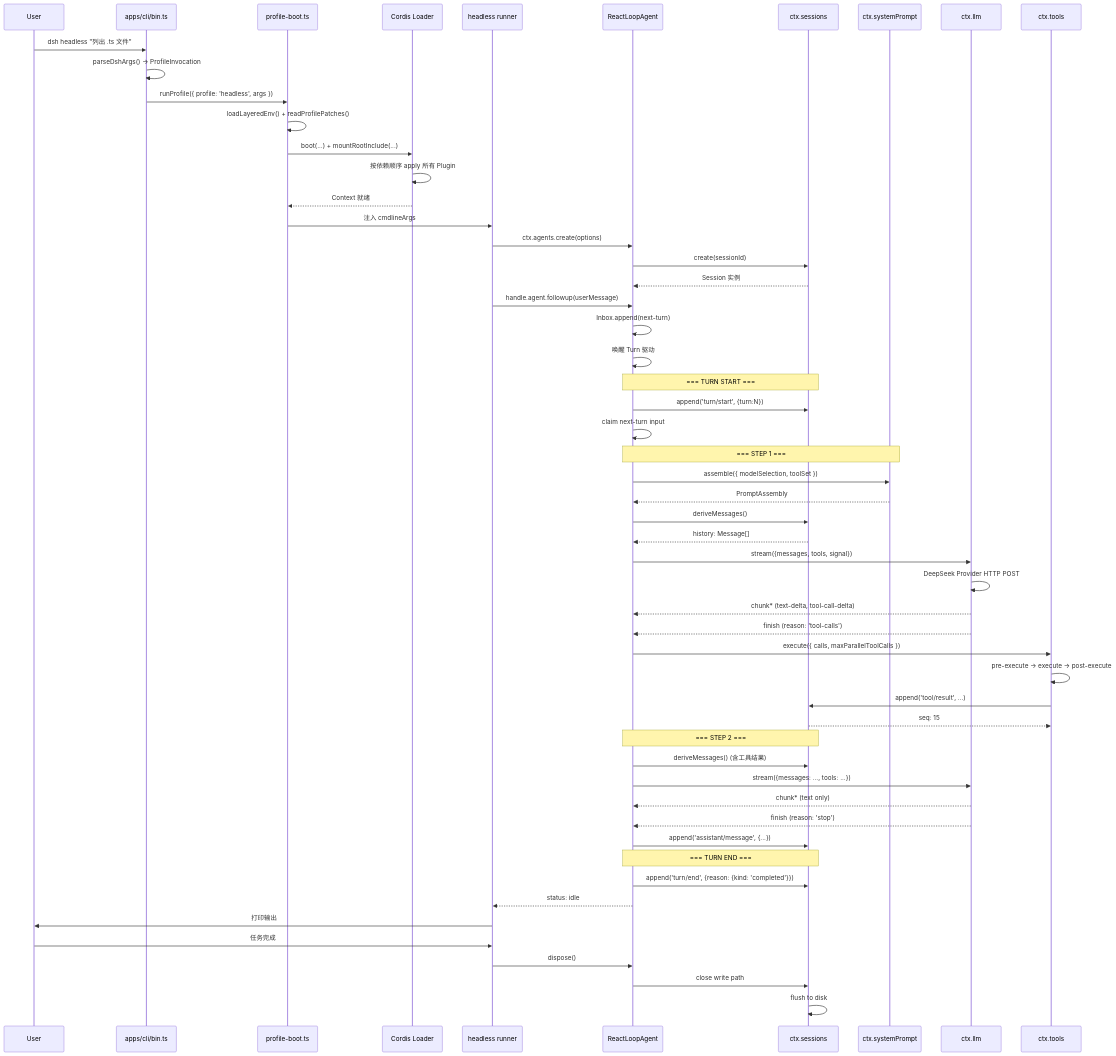
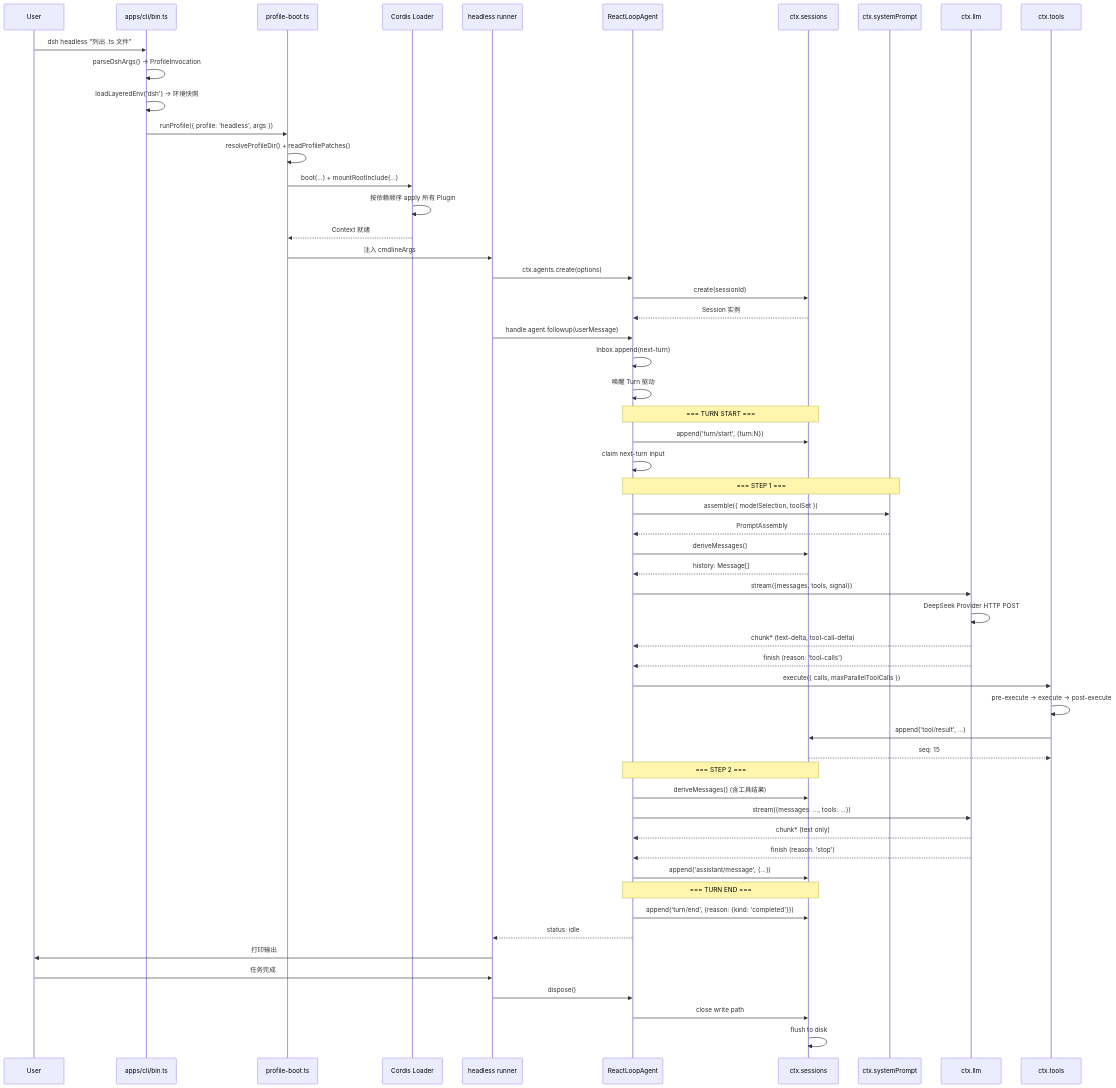
The diagram in docs/sourceReader/02-example/00-minimal-example.md (adrian9778/deepseek-harness), drawn with Mermaid before and after one commit. The commit also changed other lines of this file and 51 other files, not shown here.

````diff
--- a/docs/sourceReader/02-example/00-minimal-example.md
+++ b/docs/sourceReader/02-example/00-minimal-example.md
@@ -264,67 +263,68 @@
 ```mermaid
 sequenceDiagram
     participant User
     participant CLI as apps/cli/bin.ts
     participant Boot as profile-boot.ts
     participant Loader as Cordis Loader
     participant Runner as headless runner
     participant Agent as ReactLoopAgent
     participant Session as ctx.sessions
     participant Prompt as ctx.systemPrompt
     participant LLM as ctx.llm
     participant Tools as ctx.tools
 
     User->>CLI: dsh headless "列出 .ts 文件"
     CLI->>CLI: parseDshArgs() → ProfileInvocation
+    CLI->>CLI: loadLayeredEnv('dsh') → 环境快照
     CLI->>Boot: runProfile({ profile: 'headless', args })
-    Boot->>Boot: loadLayeredEnv() + readProfilePatches()
+    Boot->>Boot: resolveProfileDir() + readProfilePatches()
     Boot->>Loader: boot(...) + mountRootInclude(...)
     Loader->>Loader: 按依赖顺序 apply 所有 Plugin
     Loader-->>Boot: Context 就绪
 
     Boot->>Runner: 注入 cmdlineArgs
     Runner->>Agent: ctx.agents.create(options)
     Agent->>Session: create(sessionId)
     Session-->>Agent: Session 实例
 
     Runner->>Agent: handle.agent.followup(userMessage)
     Agent->>Agent: Inbox.append(next-turn)
     Agent->>Agent: 唤醒 Turn 驱动
 
     Note over Agent,Session: === TURN START ===
     Agent->>Session: append('turn/start', {turn:N})
     Agent->>Agent: claim next-turn input
 
     Note over Agent,Prompt: === STEP 1 ===
     Agent->>Prompt: assemble({ modelSelection, toolSet })
     Prompt-->>Agent: PromptAssembly
     Agent->>Session: deriveMessages()
     Session-->>Agent: history: Message[]
 
     Agent->>LLM: stream({messages, tools, signal})
     LLM->>LLM: DeepSeek Provider HTTP POST
     LLM-->>Agent: chunk* (text-delta, tool-call-delta)
     LLM-->>Agent: finish (reason: 'tool-calls')
 
     Agent->>Tools: execute({ calls, maxParallelToolCalls })
     Tools->>Tools: pre-execute → execute → post-execute
     Tools->>Session: append('tool/result', ...)
     Session-->>Tools: seq: 15
 
     Note over Agent,Session: === STEP 2 ===
     Agent->>Session: deriveMessages() (含工具结果)
     Agent->>LLM: stream({messages: ..., tools: ...})
     LLM-->>Agent: chunk* (text only)
     LLM-->>Agent: finish (reason: 'stop')
 
     Agent->>Session: append('assistant/message', {...})
     Note over Agent,Session: === TURN END ===
     Agent->>Session: append('turn/end', {reason: {kind: 'completed'}})
     Agent-->>Runner: status: idle
 
     Runner->>User: 打印输出
     User->>Runner: 任务完成
     Runner->>Agent: dispose()
     Agent->>Session: close write path
     Session->>Session: flush to disk
 ```
````
